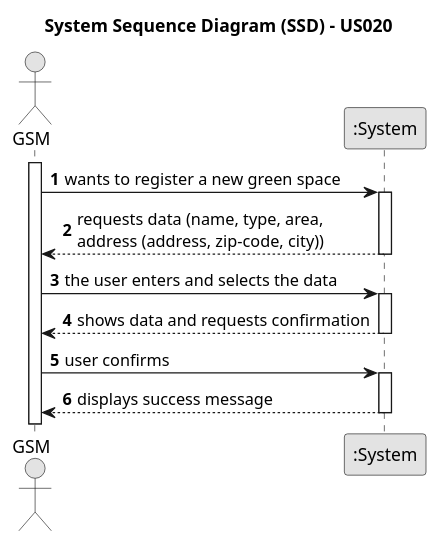
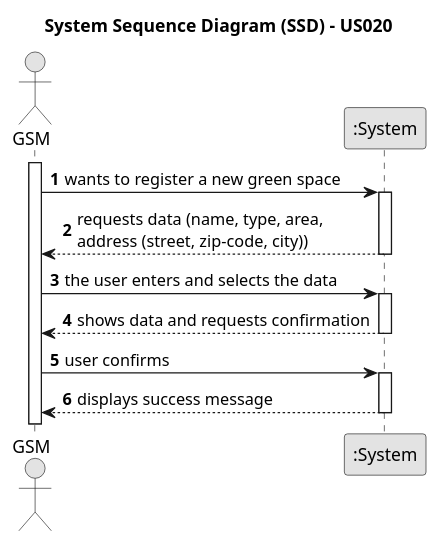
The diagram in docs/sprintC/us020/01.requirements-engineering/puml/us020-system-sequence-diagram-alternative-one.puml (ricardomm7/leaflink), drawn with PlantUML before and after one commit. The commit also changed 5 other files, not shown here.

```diff
--- a/docs/sprintC/us020/01.requirements-engineering/puml/us020-system-sequence-diagram-alternative-one.puml
+++ b/docs/sprintC/us020/01.requirements-engineering/puml/us020-system-sequence-diagram-alternative-one.puml
@@ -1,30 +1,30 @@
 @startuml
 skinparam monochrome true
 skinparam packageStyle rectangle
 skinparam shadowing false
 
 title System Sequence Diagram (SSD) - US020
 
 autonumber
 
 actor "GSM" as GSM
 participant ":System" as System
 
 activate GSM
 
     GSM -> System : wants to register a new green space
     activate System
 
-        System --> GSM : requests data (name, type, area, \naddress (address, zip-code, city))
+        System --> GSM : requests data (name, type, area, \naddress (street, zip-code, city))
     deactivate System
     GSM -> System : the user enters and selects the data
     activate System
 
         System --> GSM : shows data and requests confirmation
     deactivate System
     GSM -> System :  user confirms
     activate System
 
         System --> GSM : displays success message
     deactivate System
 @enduml
```
